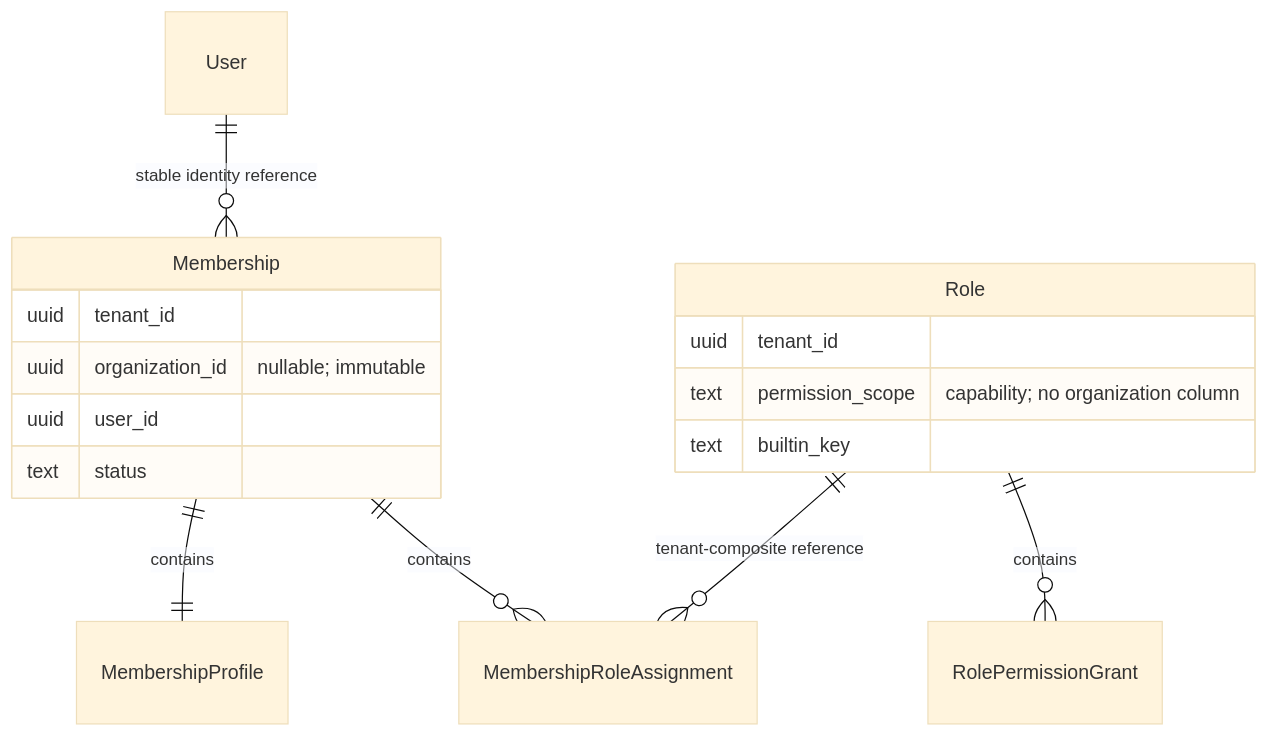
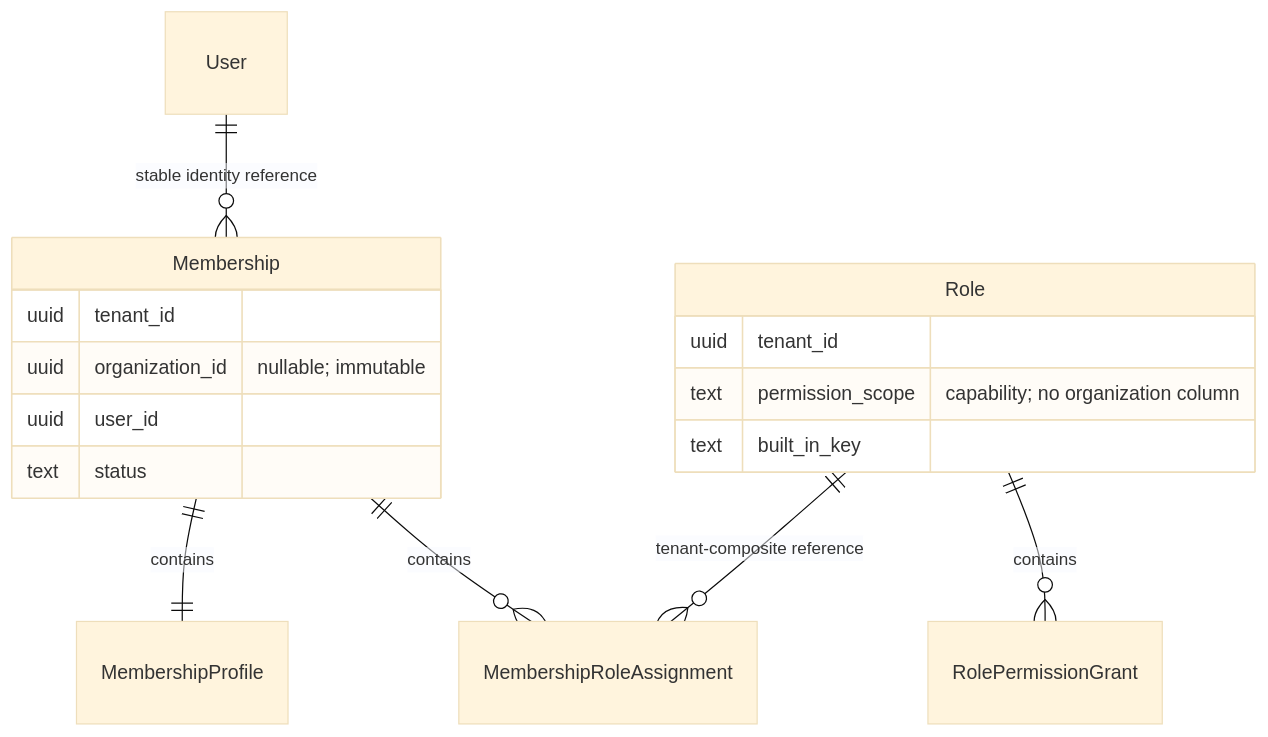
The first of 4 diagrams in docs/modules/identity/README.md (HodeTech/LearnStack), drawn with Mermaid (base theme) before and after one commit. The commit also changed other lines of this file and 97 other files, not shown here.

````diff
--- a/docs/modules/identity/README.md
+++ b/docs/modules/identity/README.md
@@ -227,19 +228,19 @@
 ```mermaid
 erDiagram
     User ||--o{ Membership : "stable identity reference"
     Membership ||--|| MembershipProfile : contains
     Membership ||--o{ MembershipRoleAssignment : contains
     Role ||--o{ MembershipRoleAssignment : "tenant-composite reference"
     Role ||--o{ RolePermissionGrant : contains
     Membership {
         uuid tenant_id
         uuid organization_id "nullable; immutable"
         uuid user_id
         text status
     }
     Role {
         uuid tenant_id
         text permission_scope "capability; no organization column"
-        text builtin_key
+        text built_in_key
     }
 ```
````
